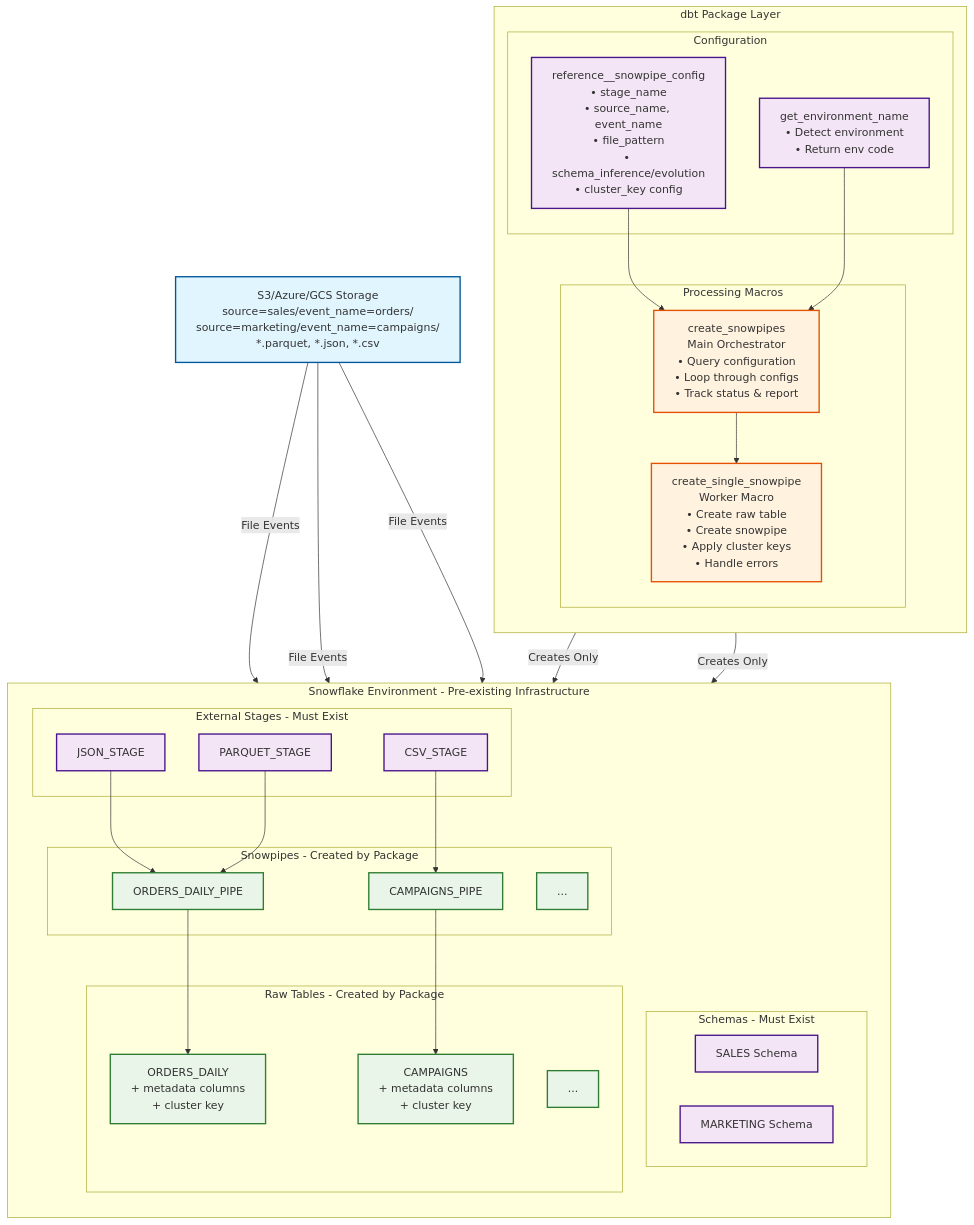
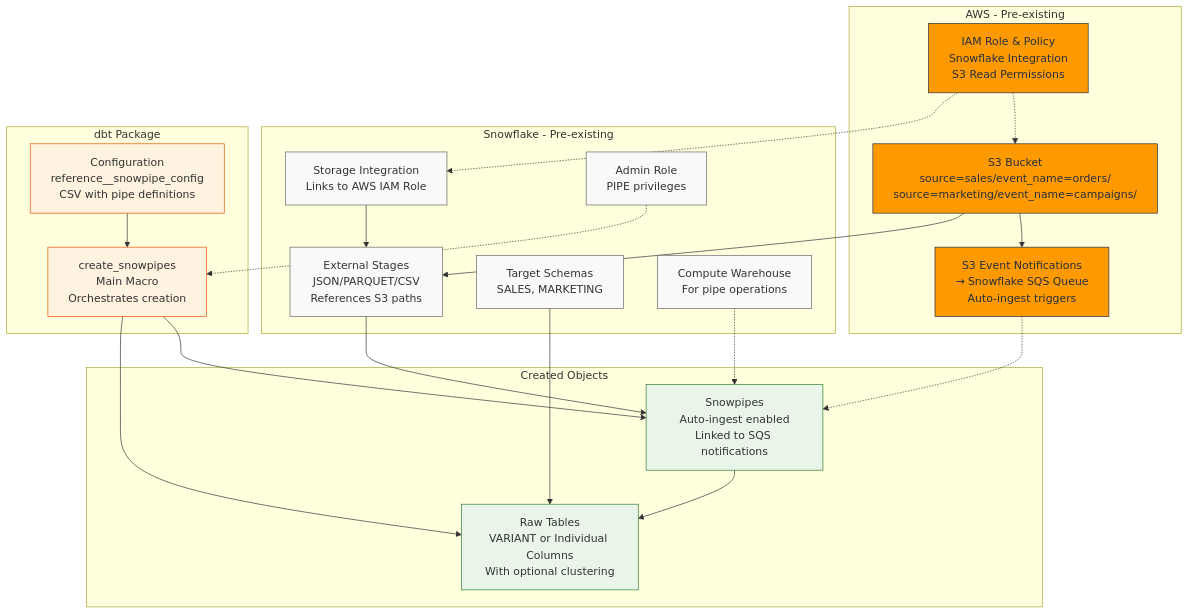
The diagram in README.md (entechlog/dbt-snowpipe-utils), drawn with Mermaid before and after one commit. The commit also changed other lines of this file and 9 other files, not shown here.

````diff
--- a/README.md
+++ b/README.md
@@ -54,79 +7,57 @@
-```mermaid 
+```mermaid
 graph TD
-    %% External Data Sources
-    S3[S3/Azure/GCS Storage<br/>source=sales/event_name=orders/<br/>source=marketing/event_name=campaigns/<br/>*.parquet, *.json, *.csv] 
-    
-    %% Snowflake Layer
-    subgraph SF [Snowflake Environment - Pre-existing Infrastructure]
-        direction TB
-        subgraph STAGES [External Stages - Must Exist]
-            ST1[JSON_STAGE]
-            ST2[PARQUET_STAGE]
-            ST3[CSV_STAGE]
-        end
+    subgraph AWS [AWS - Pre-existing]
+        S3[S3 Bucket<br/>source=sales/event_name=orders/<br/>source=marketing/event_name=campaigns/]
+        IAM[IAM Role & Policy<br/>Snowflake Integration<br/>S3 Read Permissions]
+        SQS[S3 Event Notifications<br/>→ Snowflake SQS Queue<br/>Auto-ingest triggers]
         
-        subgraph SCHEMAS [Schemas - Must Exist]
-            SC1[SALES Schema]
-            SC2[MARKETING Schema]
-        end
-        
-        subgraph PIPES [Snowpipes - Created by Package]
-            SP1[ORDERS_DAILY_PIPE]
-            SP2[CAMPAIGNS_PIPE]
-            SPN[...]
-        end
-        
-        subgraph TABLES [Raw Tables - Created by Package]
-            RT1[ORDERS_DAILY<br/>+ metadata columns<br/>+ cluster key]
-            RT2[CAMPAIGNS<br/>+ metadata columns<br/>+ cluster key]
-            RTN[...]
-        end
+        S3 --> SQS
+        IAM -.-> S3
     end
     
-    %% dbt Package Layer
-    subgraph DBT [dbt Package Layer]
-        direction TB
-        
-        subgraph CONFIG [Configuration]
-            CONF[reference__snowpipe_config<br/>• stage_name<br/>• source_name, event_name<br/>• file_pattern<br/>• schema_inference/evolution<br/>• cluster_key config]
-            ENV[get_environment_name<br/>• Detect environment<br/>• Return env code]
-        end
-        
-        subgraph PROCESSING [Processing Macros]
-            MAIN[create_snowpipes<br/>Main Orchestrator<br/>• Query configuration<br/>• Loop through configs<br/>• Track status & report]
-            SINGLE[create_single_snowpipe<br/>Worker Macro<br/>• Create raw table<br/>• Create snowpipe<br/>• Apply cluster keys<br/>• Handle errors]
-        end
+    subgraph SF [Snowflake - Pre-existing]
+        SI[Storage Integration<br/>Links to AWS IAM Role]
+        STAGES[External Stages<br/>JSON/PARQUET/CSV<br/>References S3 paths]
+        SCHEMAS[Target Schemas<br/>SALES, MARKETING]
+        WH[Compute Warehouse<br/>For pipe operations]
+        ROLES[Admin Role<br/>PIPE privileges]
     end
     
-    %% Data Flow
-    S3 -->|File Events| ST1
-    S3 -->|File Events| ST2
-    S3 -->|File Events| ST3
+    subgraph PKG [dbt Package]
+        CONFIG[Configuration<br/>reference__snowpipe_config<br/>CSV with pipe definitions]
+        MACRO[create_snowpipes<br/>Main Macro<br/>Orchestrates creation]
+    end
     
-    ST1 --> SP1
-    ST2 --> SP1
-    ST3 --> SP2
+    subgraph CREATED [Created Objects]
+        PIPES[Snowpipes<br/>Auto-ingest enabled<br/>Linked to SQS notifications]
+        TABLES[Raw Tables<br/>VARIANT or Individual Columns<br/>With optional clustering]
+    end
     
-    SP1 --> RT1
-    SP2 --> RT2
+    %% Data flow
+    S3 --> STAGES
+    SQS -.-> PIPES
+    STAGES --> PIPES
+    PIPES --> TABLES
     
-    %% dbt Control Flow
-    CONF --> MAIN
-    ENV --> MAIN
-    MAIN --> SINGLE
-    SINGLE -->|Creates Only| PIPES
-    SINGLE -->|Creates Only| TABLES
+    %% Configuration flow
+    CONFIG --> MACRO
+    MACRO --> PIPES
+    MACRO --> TABLES
     
-    %% Styling
-    classDef external fill:#e1f5fe,stroke:#01579b,stroke-width:2px
-    classDef preexisting fill:#f3e5f5,stroke:#4a148c,stroke-width:2px
-    classDef created fill:#e8f5e8,stroke:#2e7d32,stroke-width:2px
-    classDef dbt fill:#fff3e0,stroke:#e65100,stroke-width:2px
-    classDef config fill:#f3e5f5,stroke:#4a148c,stroke-width:2px
+    %% Dependencies
+    IAM -.-> SI
+    SI --> STAGES
+    WH -.-> PIPES
+    ROLES -.-> MACRO
+    SCHEMAS --> TABLES
     
-    class S3 external
-    class ST1,ST2,ST3,SC1,SC2 preexisting
-    class SP1,SP2,SPN,RT1,RT2,RTN created
-    class MAIN,SINGLE dbt
-    class CONF,ENV config
+    classDef aws fill:#ff9900,stroke:#232f3e,color:#232f3e
+    classDef preexisting fill:#f9f9f9,stroke:#666
+    classDef created fill:#e8f5e8,stroke:#2e7d32
+    classDef package fill:#fff3e0,stroke:#e65100
+    
+    class S3,IAM,SQS aws
+    class SI,STAGES,SCHEMAS,WH,ROLES preexisting
+    class PIPES,TABLES created
+    class CONFIG,MACRO package
 ```
````
